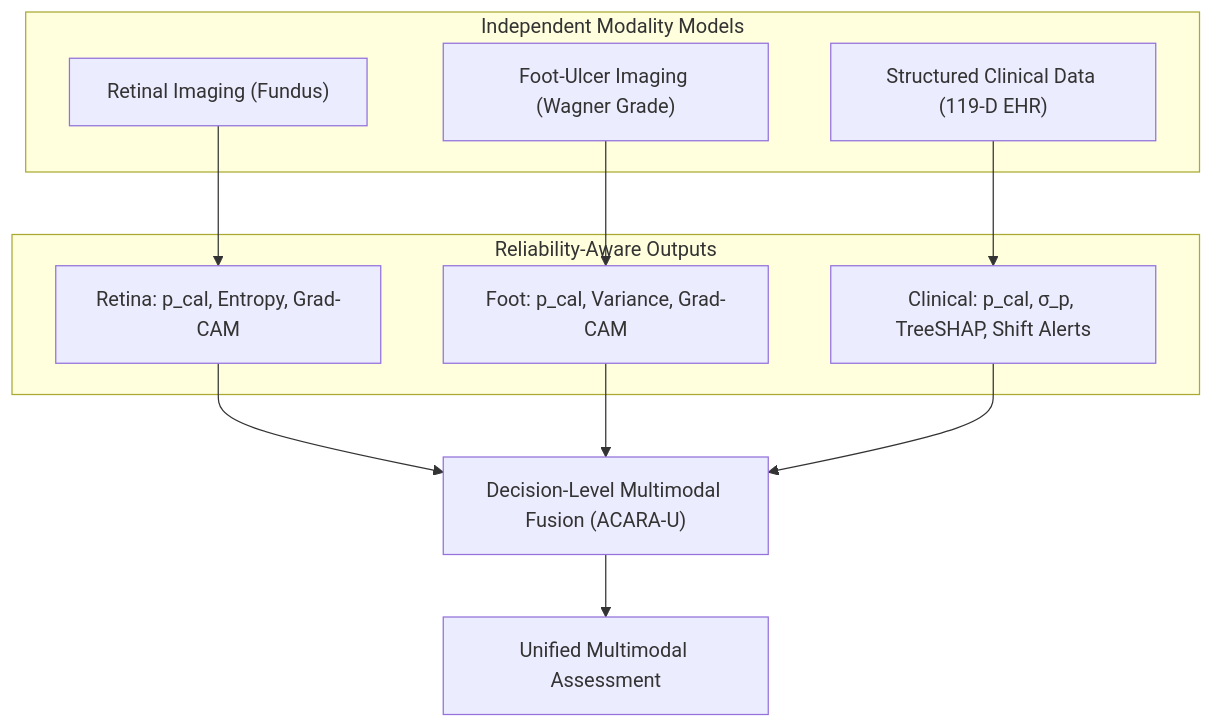
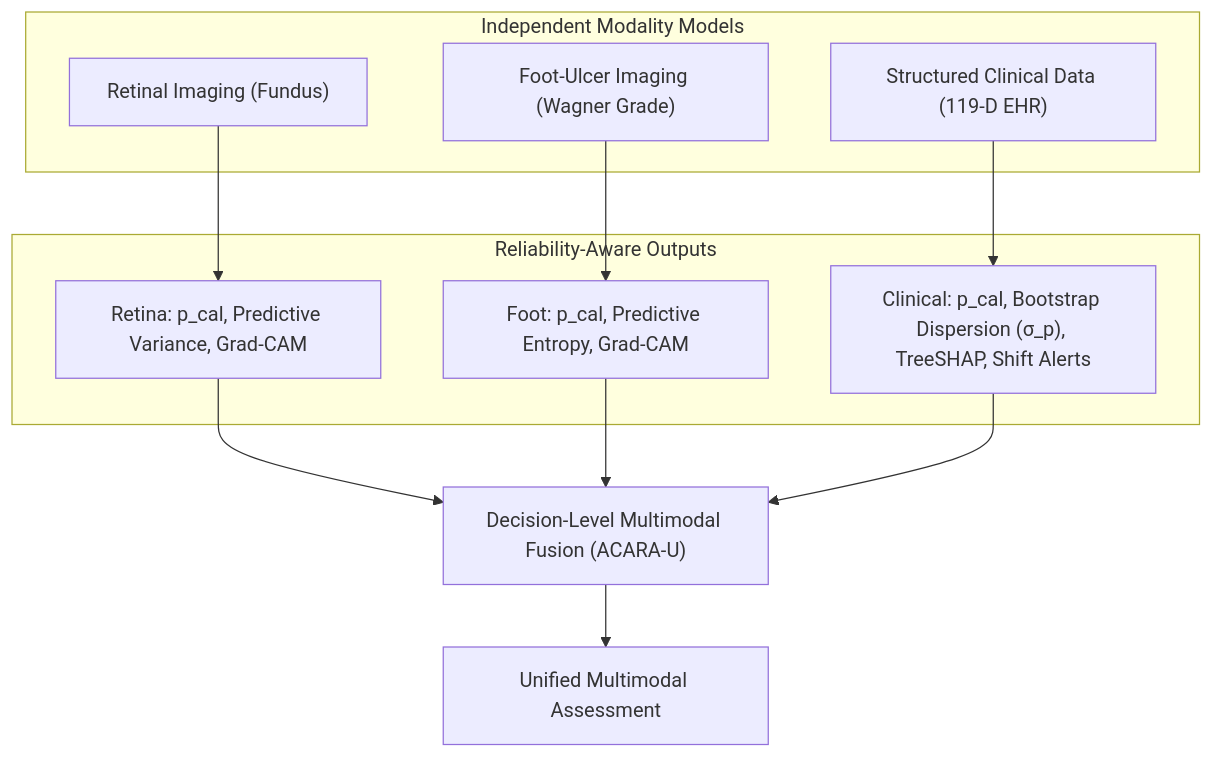
Before and after one commit to Dr-Venom29/FusionMedAI: the first of 3 diagrams in README.md, drawn with Mermaid. The commit also changed other lines of this file and 12 other files, not shown here.

````diff
--- a/README.md
+++ b/README.md
@@ -17,24 +17,24 @@
 ```mermaid
 flowchart TD
     subgraph Modalities["Independent Modality Models"]
         R["Retinal Imaging (Fundus)"]
         F["Foot-Ulcer Imaging (Wagner Grade)"]
         C["Structured Clinical Data (119-D EHR)"]
     end
     
     subgraph Outputs["Reliability-Aware Outputs"]
-        RO["Retina: p_cal, Entropy, Grad-CAM"]
-        FO["Foot: p_cal, Variance, Grad-CAM"]
-        CO["Clinical: p_cal, σ_p, TreeSHAP, Shift Alerts"]
+        RO["Retina: p_cal, Predictive Variance, Grad-CAM"]
+        FO["Foot: p_cal, Predictive Entropy, Grad-CAM"]
+        CO["Clinical: p_cal, Bootstrap Dispersion (σ_p), TreeSHAP, Shift Alerts"]
     end
     
     R --> RO
     F --> FO
     C --> CO
     
     RO --> Fusion["Decision-Level Multimodal Fusion (ACARA-U)"]
     FO --> Fusion
     CO --> Fusion
     
     Fusion --> Unified["Unified Multimodal Assessment"]
 ```
````
